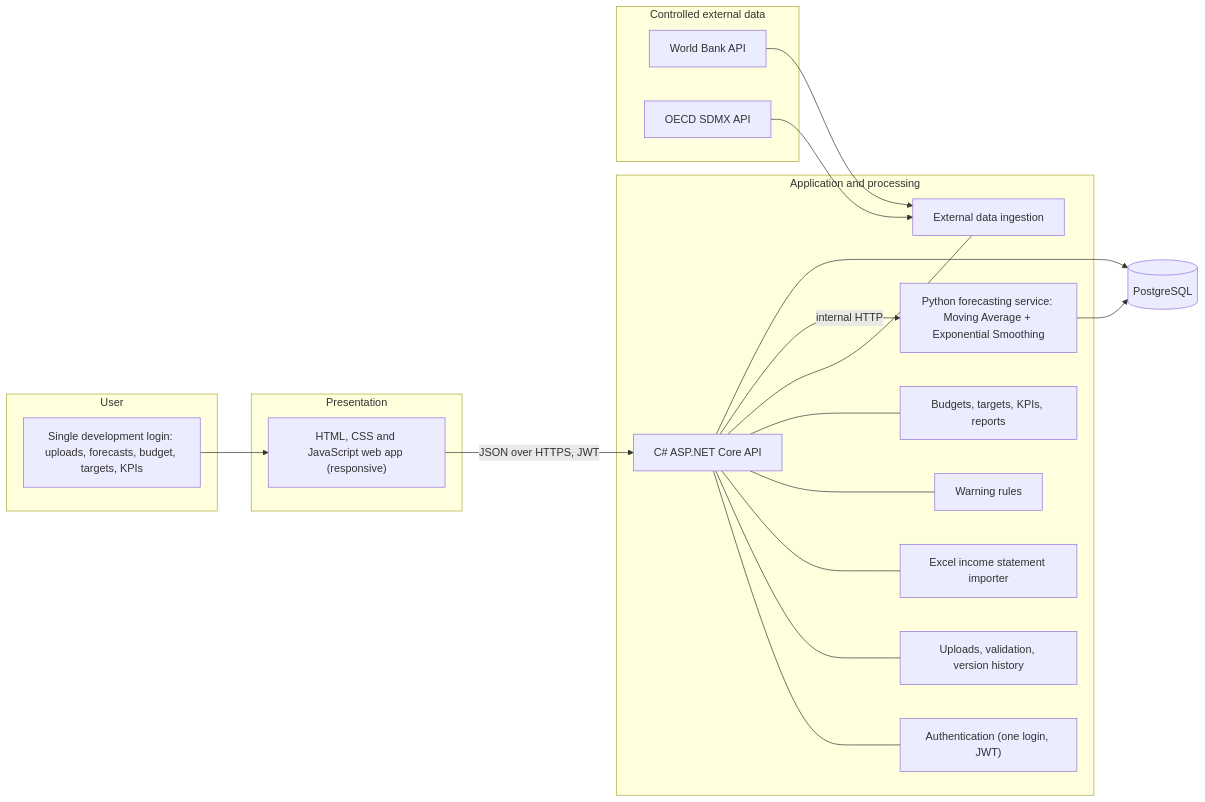
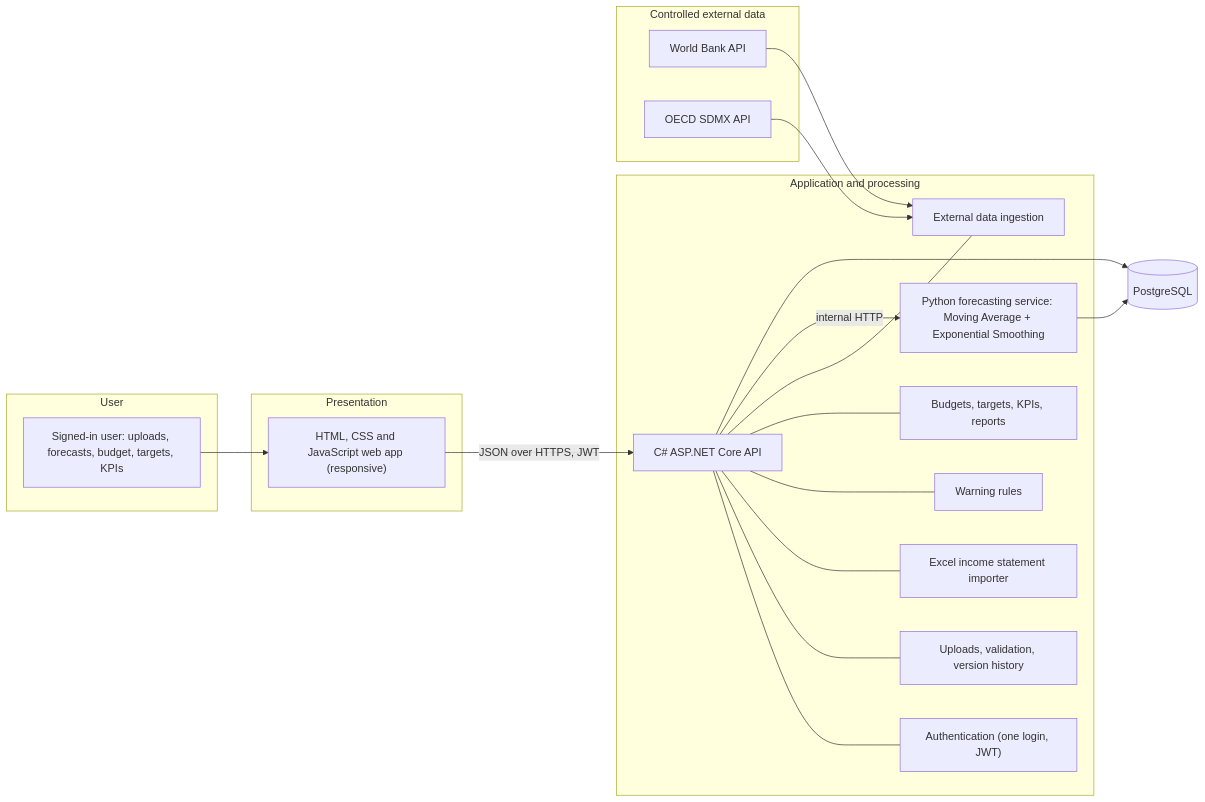
One commit to codePexx-ZA/randahead changed the diagram in README.md. Above: the diagram before and after it, drawn with Mermaid. The commit also changed other lines of this file and 15 other files, not shown here.

````diff
--- a/README.md
+++ b/README.md
@@ -25,42 +21,42 @@
 ```mermaid
 graph LR
     subgraph USERS[User]
-        U["Single development login: uploads, forecasts, budget, targets, KPIs"]
+        U["Signed-in user: uploads, forecasts, budget, targets, KPIs"]
     end
 
     subgraph FRONTEND[Presentation]
         UI["HTML, CSS and JavaScript web app (responsive)"]
     end
 
     subgraph BACKEND[Application and processing]
         API["C# ASP.NET Core API"]
         AUTH["Authentication (one login, JWT)"]
         WORKFLOW["Uploads, validation, version history"]
         IMPORT["Excel income statement importer"]
         RULES["Warning rules"]
         INGEST["External data ingestion"]
         REPORTS["Budgets, targets, KPIs, reports"]
         FC["Python forecasting service: Moving Average + Exponential Smoothing"]
     end
 
     subgraph EXTERNAL[Controlled external data]
         WB["World Bank API"]
         OECD["OECD SDMX API"]
     end
 
     DB[("PostgreSQL")]
 
     U --> UI
     UI -->|JSON over HTTPS, JWT| API
     API --- AUTH
     API --- WORKFLOW
     API --- IMPORT
     API --- RULES
     API --- REPORTS
     API --- INGEST
     WB --> INGEST
     OECD --> INGEST
     API -->|internal HTTP| FC
     API --> DB
     FC --> DB
 ```
````
